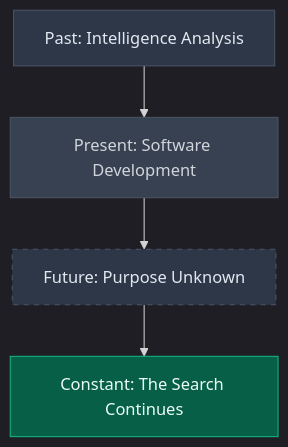
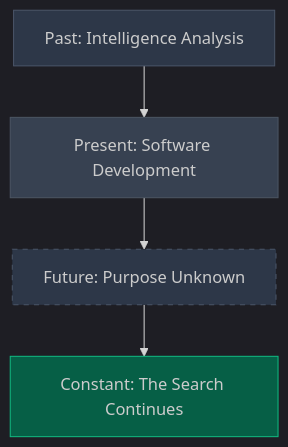
One commit to Tim-Spurlin/Tim-Spurlin changed the fifth of 5 diagrams in README.md. Above: the diagram before and after it, drawn with Mermaid. The commit also changed other lines of this file, not shown here.

Commit message:
Fix Mermaid diagram rendering by removing unsupported color property

````diff
--- a/README.md
+++ b/README.md
@@ -433,12 +433,12 @@
 ```mermaid
 %%{init: {'theme':'dark'}}%%
 graph TD
     A[Past: Intelligence Analysis] --> B[Present: Software Development]
     B --> C[Future: Purpose Unknown]
     C --> D[Constant: The Search Continues]
     
-    style A fill:#2D3748,stroke:#4A5568,color:#E2E8F0
-    style B fill:#374151,stroke:#4B5563,color:#D1D5DB
-    style C fill:#2D3748,stroke:#4A5568,color:#E2E8F0,stroke-dasharray: 5 5
-    style D fill:#065F46,stroke:#10B981,color:#ECFDF5
+    style A fill:#2D3748,stroke:#4A5568
+    style B fill:#374151,stroke:#4B5563
+    style C fill:#2D3748,stroke:#4A5568,stroke-dasharray: 5 5
+    style D fill:#065F46,stroke:#10B981
 ```
````
